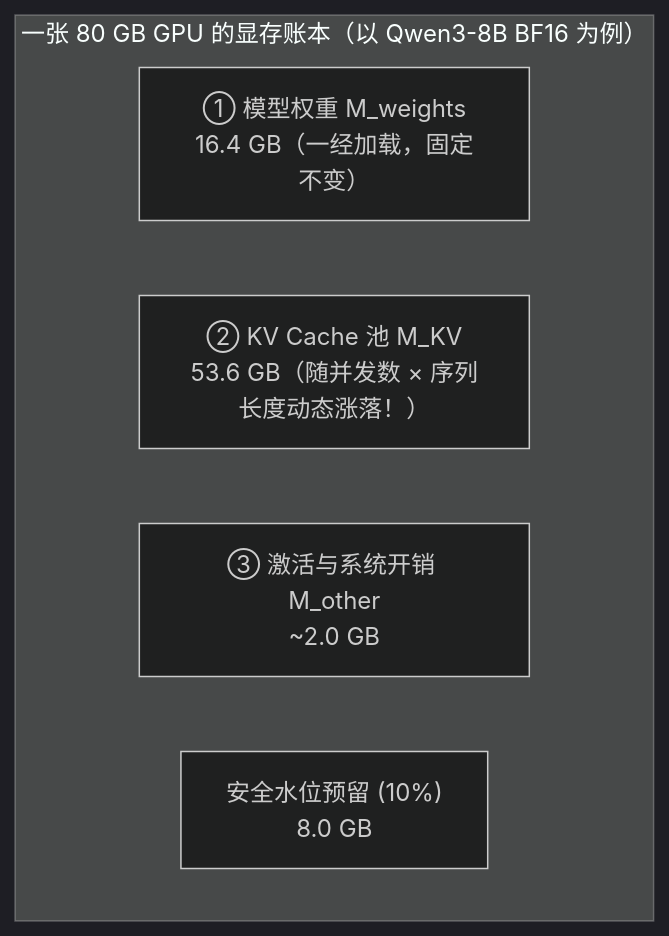
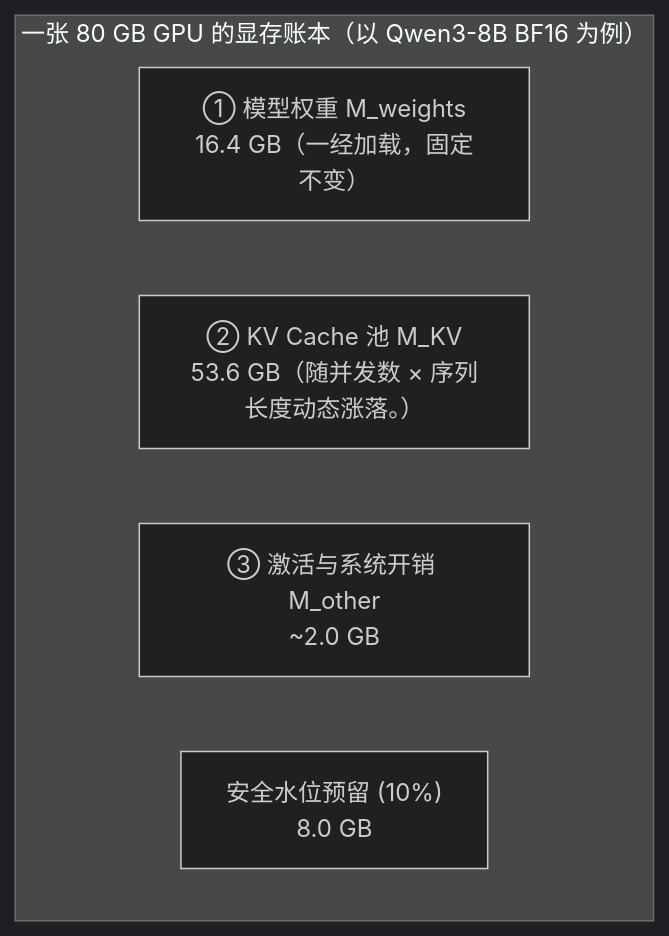
One commit to zrpxx/hands-on-llm-serving-opt changed the first of 2 diagrams in stage0/03-memory-budget.md. Above: the diagram before and after it, drawn with Mermaid (dark theme). The commit also changed other lines of this file and 71 other files, not shown here.

````diff
--- a/stage0/03-memory-budget.md
+++ b/stage0/03-memory-budget.md
@@ -43,10 +43,10 @@
 ```mermaid
 flowchart LR
   subgraph VRAM["一张 80 GB GPU 的显存账本（以 Qwen3-8B BF16 为例）"]
     direction LR
     W["① 模型权重 M_weights<br/>16.4 GB（一经加载，固定不变）"]
-    KV["② KV Cache 池 M_KV<br/>53.6 GB（随并发数 × 序列长度动态涨落！）"]
+    KV["② KV Cache 池 M_KV<br/>53.6 GB（随并发数 × 序列长度动态涨落。）"]
     O["③ 激活与系统开销 M_other<br/>~2.0 GB"]
     U["安全水位预留 (10%)<br/>8.0 GB"]
   end
 ```
````
